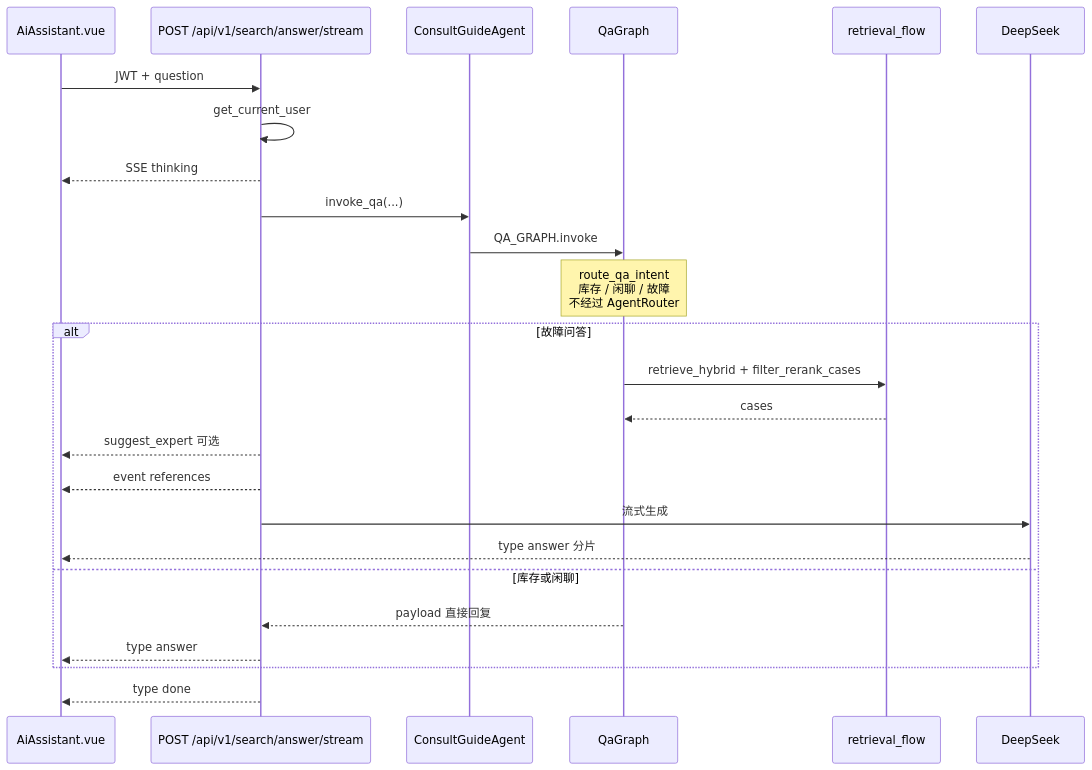
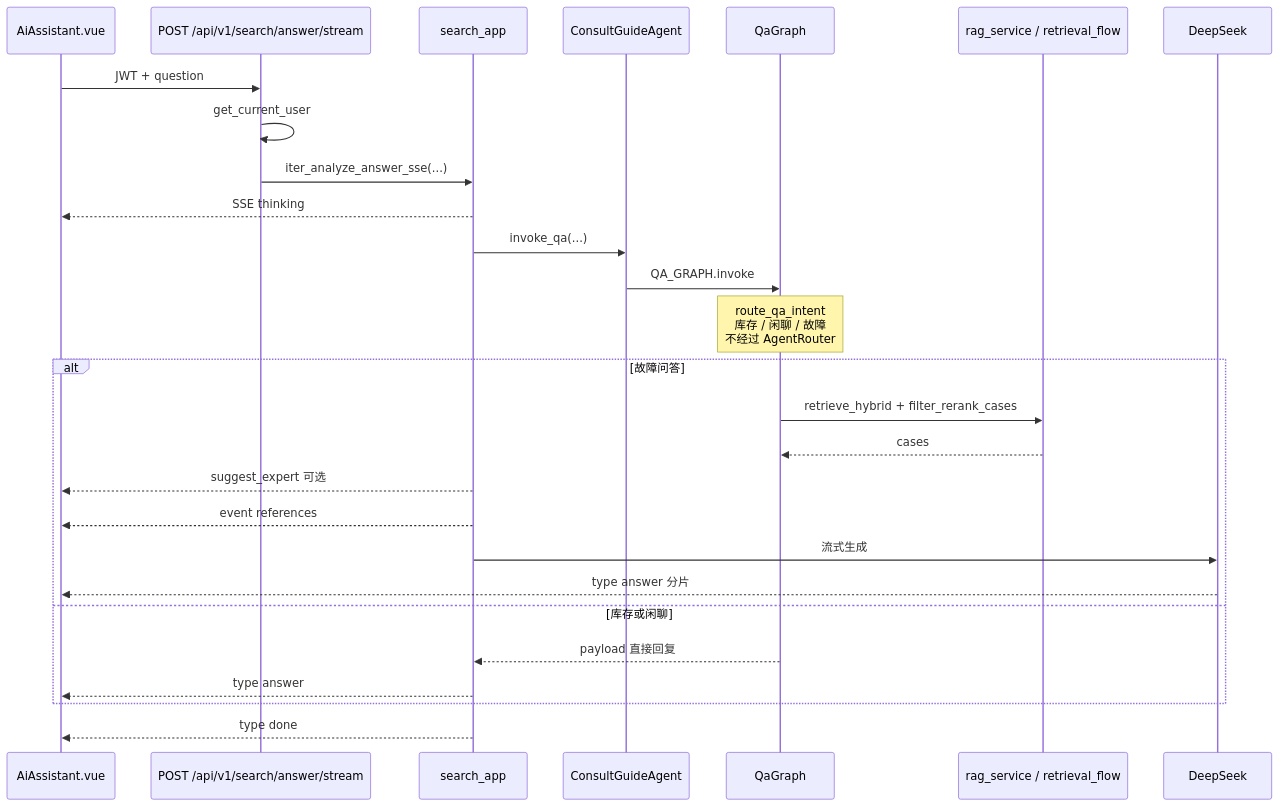
One commit to SHUN-EI/Car-Repair-System changed the second of 10 diagrams in docs/ARCHITECTURE.md. Above: the diagram before and after it, drawn with Mermaid. The commit also changed other lines of this file and 1 other file, not shown here.

````diff
--- a/docs/ARCHITECTURE.md
+++ b/docs/ARCHITECTURE.md
@@ -123,28 +128,30 @@
 ```mermaid
 sequenceDiagram
     participant UI as AiAssistant.vue
     participant API as POST /api/v1/search/answer/stream
+    participant S as search_app
     participant Facade as ConsultGuideAgent
     participant G as QaGraph
-    participant R as retrieval_flow
+    participant R as rag_service / retrieval_flow
     participant LLM as DeepSeek
 
     UI->>API: JWT + question
     API->>API: get_current_user
-    API-->>UI: SSE thinking
-    API->>Facade: invoke_qa(...)
+    API->>S: iter_analyze_answer_sse(...)
+    S-->>UI: SSE thinking
+    S->>Facade: invoke_qa(...)
     Facade->>G: QA_GRAPH.invoke
     Note over G: route_qa_intent<br/>库存 / 闲聊 / 故障<br/>不经过 AgentRouter
     alt 故障问答
         G->>R: retrieve_hybrid + filter_rerank_cases
         R-->>G: cases
-        API-->>UI: suggest_expert 可选
-        API-->>UI: event references
-        API->>LLM: 流式生成
+        S-->>UI: suggest_expert 可选
+        S-->>UI: event references
+        S->>LLM: 流式生成
         LLM-->>UI: type answer 分片
     else 库存或闲聊
-        G-->>API: payload 直接回复
-        API-->>UI: type answer
+        G-->>S: payload 直接回复
+        S-->>UI: type answer
     end
-    API-->>UI: type done
+    S-->>UI: type done
 ```
````
